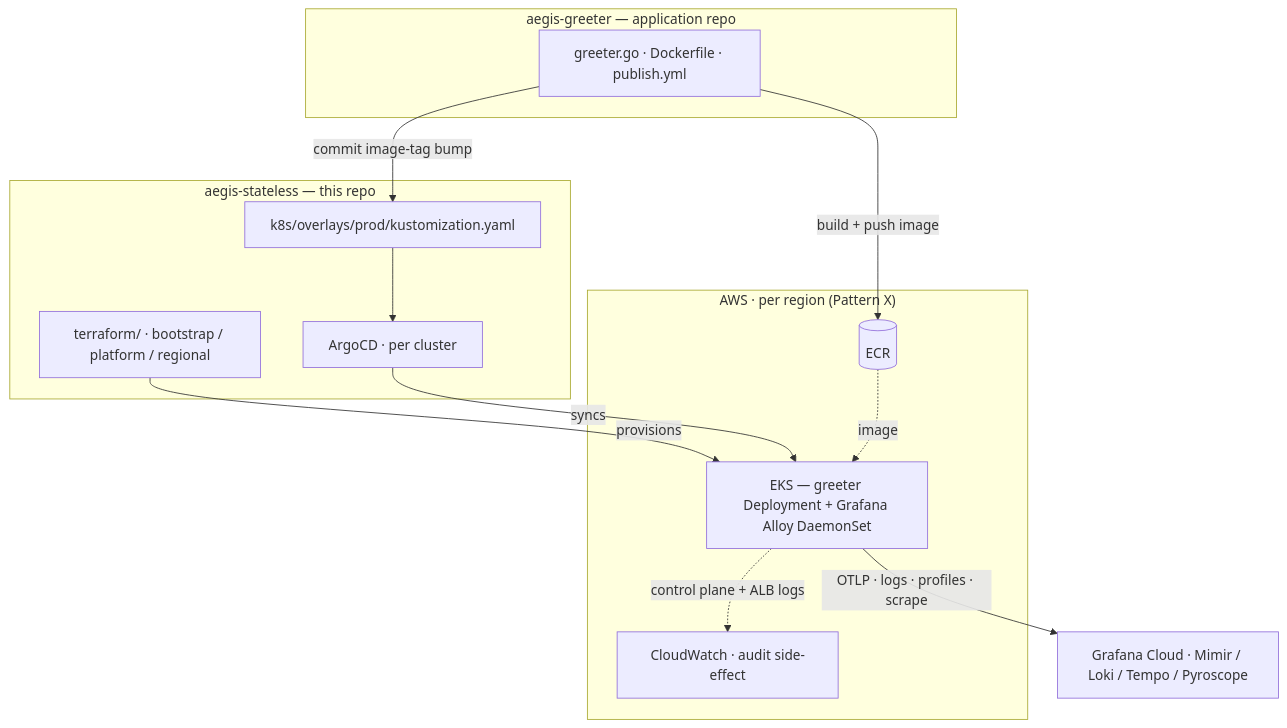
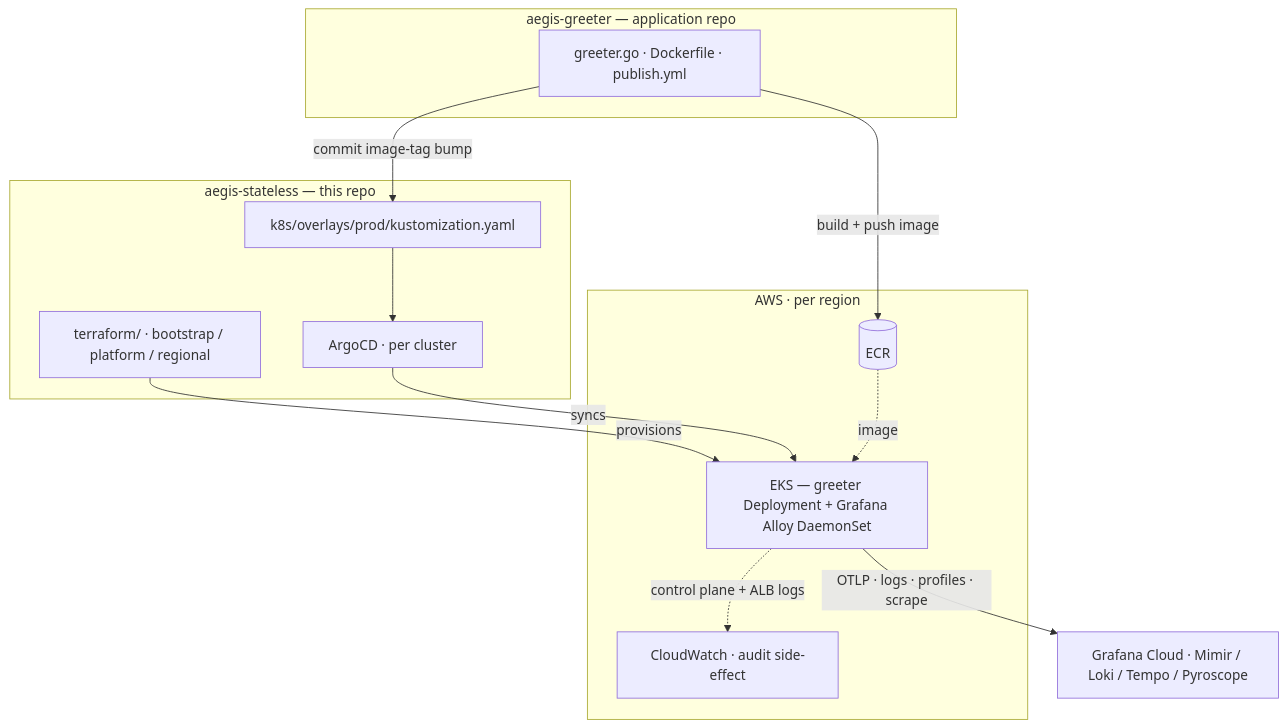
The diagram in README.md (BinHsu/aegis-stateless), drawn with Mermaid before and after one commit. The commit also changed other lines of this file and 3 other files, not shown here.

````diff
--- a/README.md
+++ b/README.md
@@ -29,26 +29,26 @@
 ```mermaid
 flowchart TB
     subgraph app_repo["aegis-greeter — application repo"]
         app["greeter.go · Dockerfile · publish.yml"]
     end
     subgraph this_repo["aegis-stateless — this repo"]
         tf["terraform/ · bootstrap / platform / regional"]
         kust["k8s/overlays/prod/kustomization.yaml"]
         argocd["ArgoCD · per cluster"]
     end
-    subgraph aws["AWS · per region (Pattern X)"]
+    subgraph aws["AWS · per region"]
         eks["EKS — greeter Deployment + Grafana Alloy DaemonSet"]
         ecr[("ECR")]
         cw["CloudWatch · audit side-effect"]
     end
     gc["Grafana Cloud · Mimir / Loki / Tempo / Pyroscope"]
 
     app -->|build + push image| ecr
     app -->|commit image-tag bump| kust
     tf -->|provisions| eks
     kust --> argocd
     argocd -->|syncs| eks
     ecr -.image.-> eks
     eks -->|OTLP · logs · profiles · scrape| gc
     eks -.control plane + ALB logs.-> cw
 ```
````
